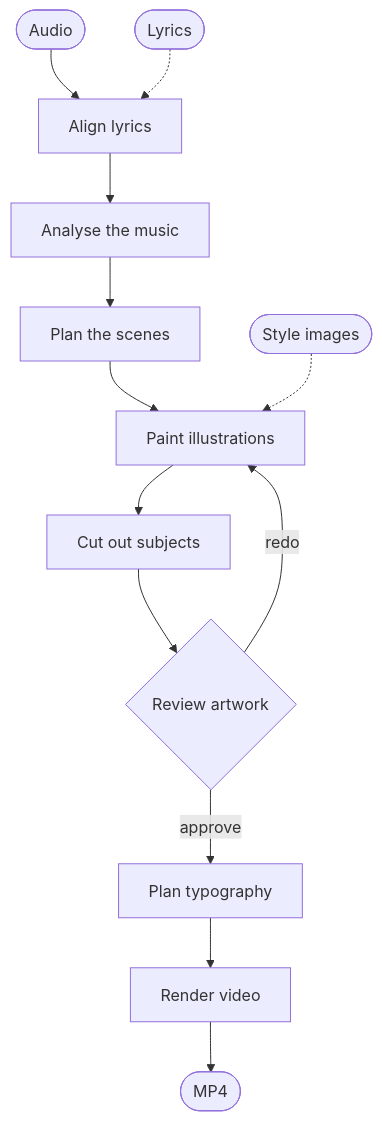
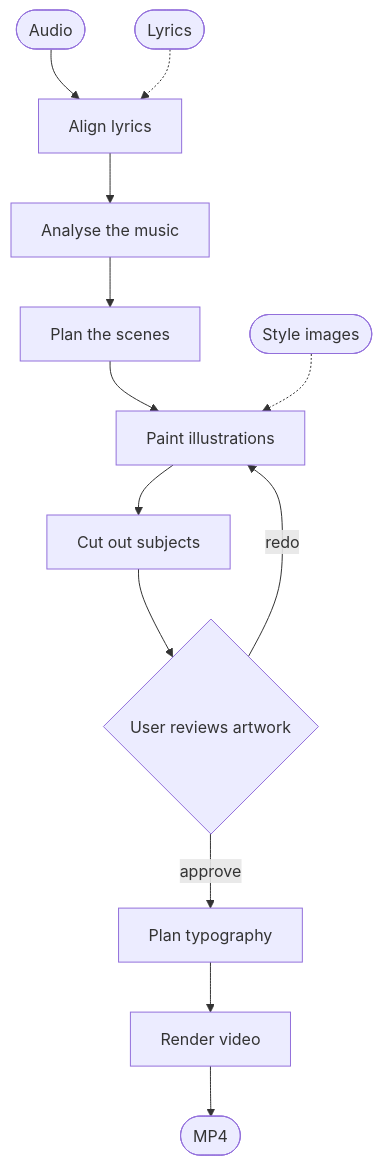
The first of 2 diagrams in README.md (joncastillo/Kinetic_Lyrics), drawn with Mermaid before and after one commit. The commit also changed other lines of this file and 1 other file, not shown here.

Commit message:
Refer to "the user" instead of "you" in the READMEs

````diff
--- a/README.md
+++ b/README.md
@@ -14,15 +14,15 @@
 ```mermaid
 flowchart TD
     A([Audio]) --> B[Align lyrics]
     L([Lyrics]) -.-> B
     B --> C[Analyse the music]
     C --> D[Plan the scenes]
     D --> E[Paint illustrations]
     S([Style images]) -.-> E
     E --> F[Cut out subjects]
-    F --> G{Review artwork}
+    F --> G{User reviews artwork}
     G -- redo --> E
     G -- approve --> H[Plan typography]
     H --> I[Render video]
     I --> V([MP4])
 ```
````
